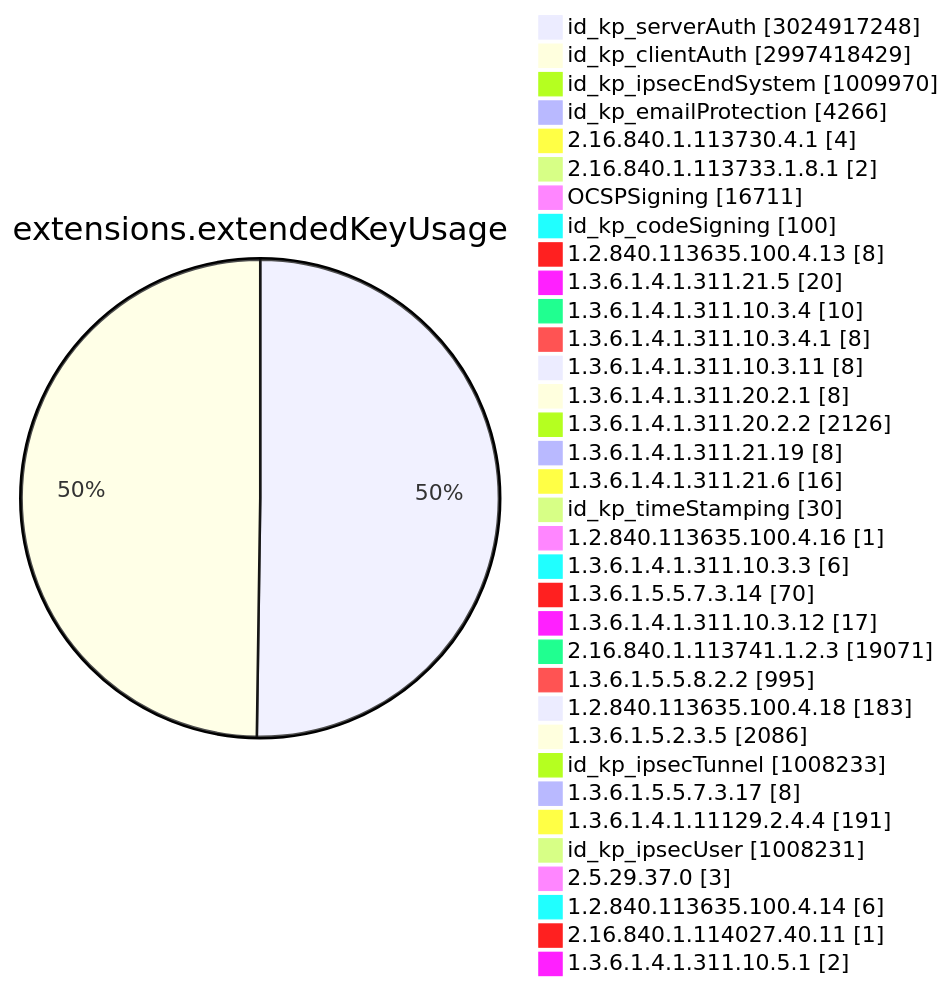
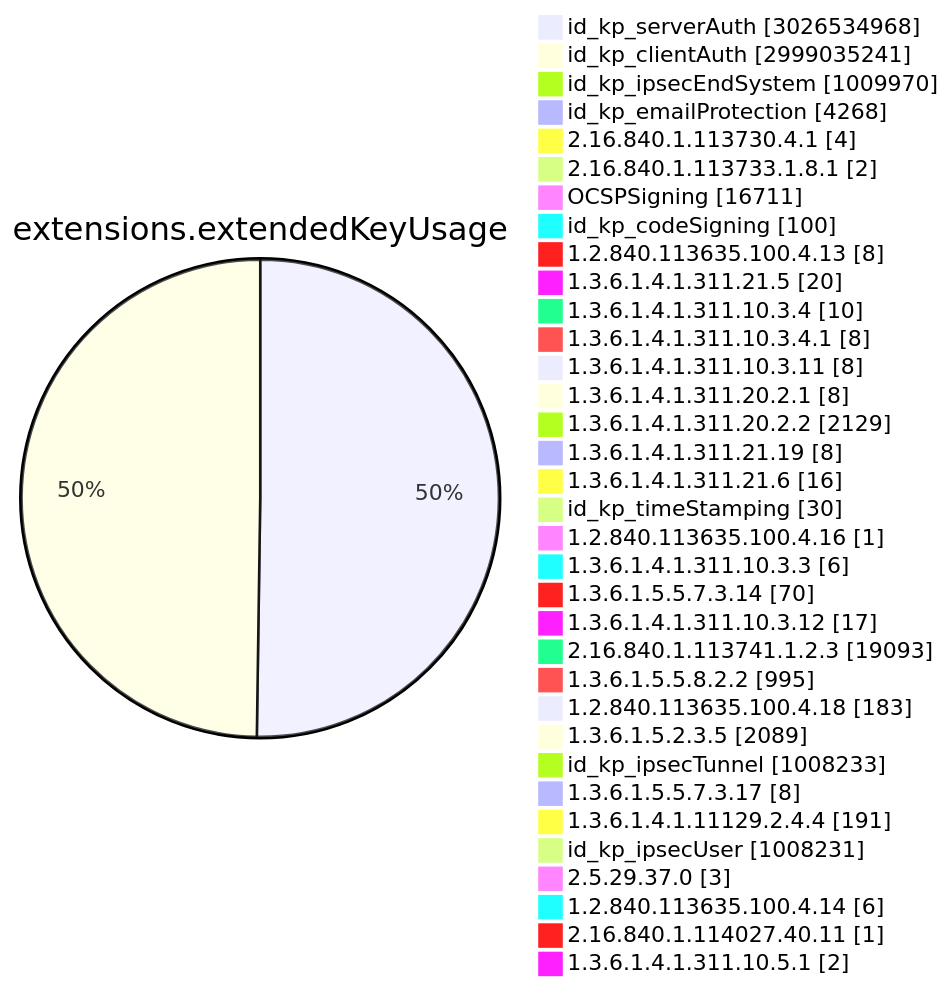
One commit to christiankrug/ctmonitor_visualization changed diagram 11 of 15 in TOTAL/README.md. Above: the diagram before and after it, drawn with Mermaid. The commit also changed other lines of this file, not shown here.

````diff
--- a/TOTAL/README.md
+++ b/TOTAL/README.md
@@ -4108,38 +4110,38 @@
 ```mermaid
 pie showData
 title extensions.extendedKeyUsage
-"id_kp_serverAuth" :3024917248
-"id_kp_clientAuth" :2997418429
+"id_kp_serverAuth" :3026534968
+"id_kp_clientAuth" :2999035241
 "id_kp_ipsecEndSystem" :1009970
-"id_kp_emailProtection" :4266
+"id_kp_emailProtection" :4268
 "2.16.840.1.113730.4.1" :4
 "2.16.840.1.113733.1.8.1" :2
 "OCSPSigning" :16711
 "id_kp_codeSigning" :100
 "1.2.840.113635.100.4.13" :8
 "1.3.6.1.4.1.311.21.5" :20
 "1.3.6.1.4.1.311.10.3.4" :10
 "1.3.6.1.4.1.311.10.3.4.1" :8
 "1.3.6.1.4.1.311.10.3.11" :8
 "1.3.6.1.4.1.311.20.2.1" :8
-"1.3.6.1.4.1.311.20.2.2" :2126
+"1.3.6.1.4.1.311.20.2.2" :2129
 "1.3.6.1.4.1.311.21.19" :8
 "1.3.6.1.4.1.311.21.6" :16
 "id_kp_timeStamping" :30
 "1.2.840.113635.100.4.16" :1
 "1.3.6.1.4.1.311.10.3.3" :6
 "1.3.6.1.5.5.7.3.14" :70
 "1.3.6.1.4.1.311.10.3.12" :17
-"2.16.840.1.113741.1.2.3" :19071
+"2.16.840.1.113741.1.2.3" :19093
 "1.3.6.1.5.5.8.2.2" :995
 "1.2.840.113635.100.4.18" :183
-"1.3.6.1.5.2.3.5" :2086
+"1.3.6.1.5.2.3.5" :2089
 "id_kp_ipsecTunnel" :1008233
 "1.3.6.1.5.5.7.3.17" :8
 "1.3.6.1.4.1.11129.2.4.4" :191
 "id_kp_ipsecUser" :1008231
 "2.5.29.37.0" :3
 "1.2.840.113635.100.4.14" :6
 "2.16.840.1.114027.40.11" :1
 "1.3.6.1.4.1.311.10.5.1" :2
 ```
````
